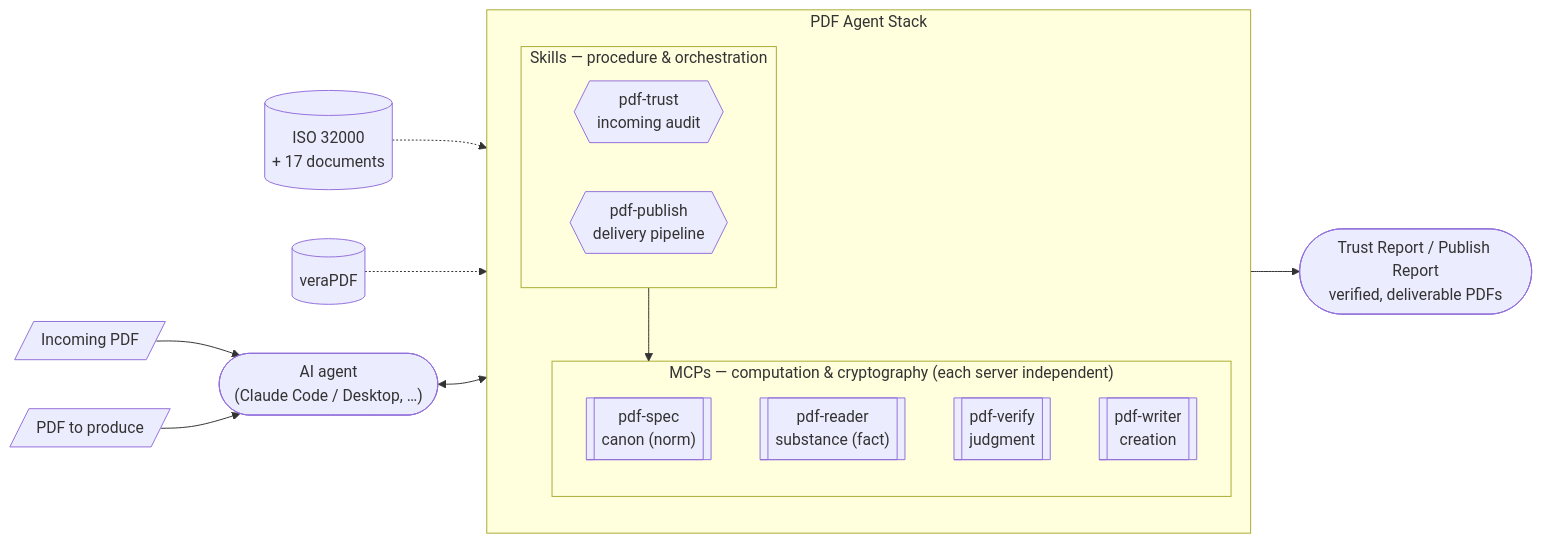
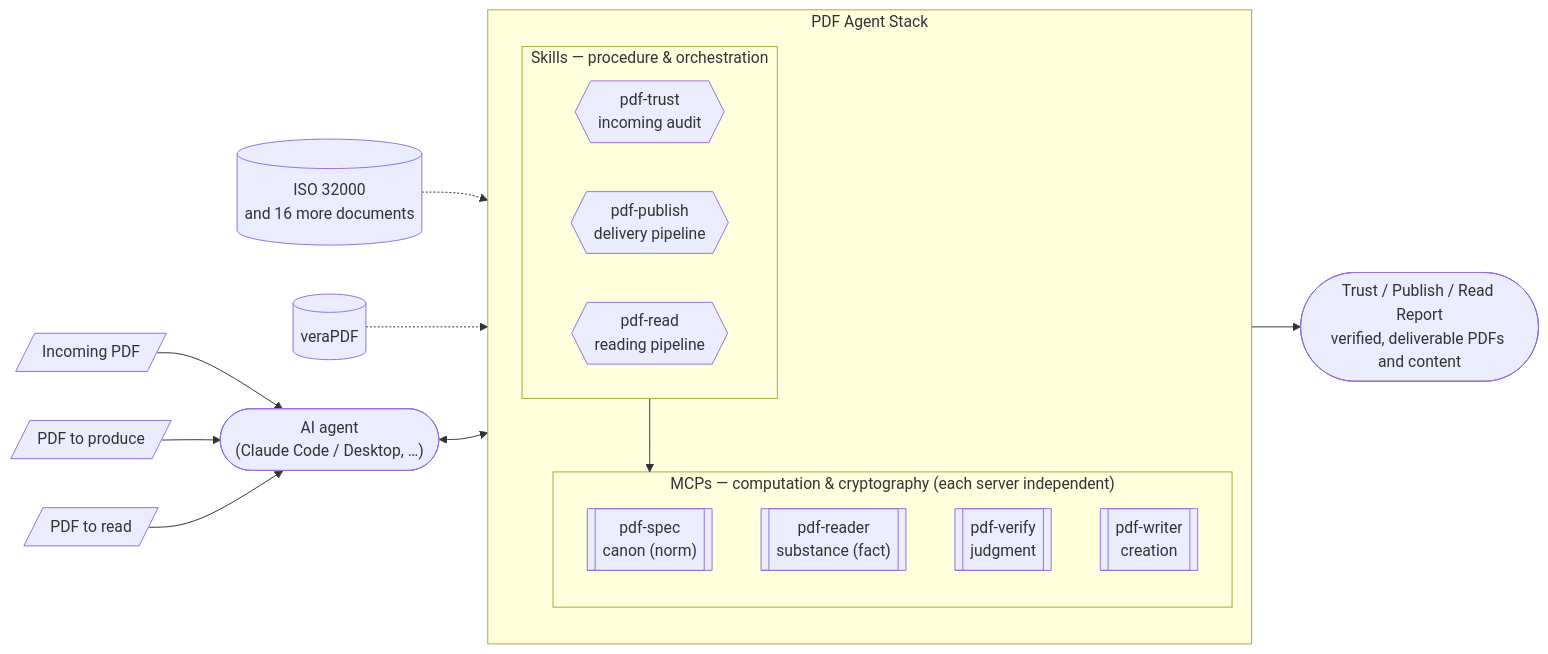
The first of 2 diagrams in site/docs/guide/architecture.md (shuji-bonji/pdf-agent-stack), drawn with Mermaid before and after one commit. The commit also changed other lines of this file and 27 other files, not shown here.

````diff
--- a/site/docs/guide/architecture.md
+++ b/site/docs/guide/architecture.md
@@ -11,27 +11,29 @@
 ```mermaid
 graph LR
   AGENT(["AI agent<br>(Claude Code / Desktop, …)"])
 
   subgraph FAMILY["PDF Agent Stack"]
     direction TB
     subgraph SKILL["Skills — procedure & orchestration"]
       TRUST{{"pdf-trust<br>incoming audit"}}
       PUBLISH{{"pdf-publish<br>delivery pipeline"}}
+      READ{{"pdf-read<br>reading pipeline"}}
     end
     subgraph MCP["MCPs — computation & cryptography (each server independent)"]
       SPEC[["pdf-spec<br>canon (norm)"]]
       READER[["pdf-reader<br>substance (fact)"]]
       VERIFY[["pdf-verify<br>judgment"]]
       WRITER[["pdf-writer<br>creation"]]
     end
     SKILL --> MCP
   end
 
   IN[/"Incoming PDF"/] --> AGENT
   NEED[/"PDF to produce"/] --> AGENT
+  DOC[/"PDF to read"/] --> AGENT
   AGENT <--> FAMILY
-  FAMILY --> OUT(["Trust Report / Publish Report<br>verified, deliverable PDFs"])
+  FAMILY --> OUT(["Trust / Publish / Read Report<br>verified, deliverable PDFs and content"])
 
-  SPECDOC[("ISO 32000<br>+ 17 documents")] -.-> SPEC
+  SPECDOC[("ISO 32000<br>and 16 more documents")] -.-> SPEC
   VERA[("veraPDF")] -.-> VERIFY
 ```
````
